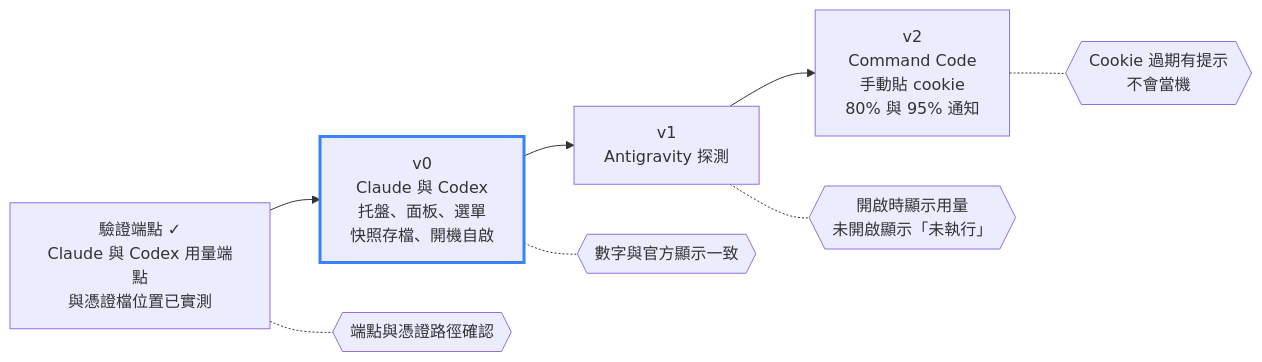
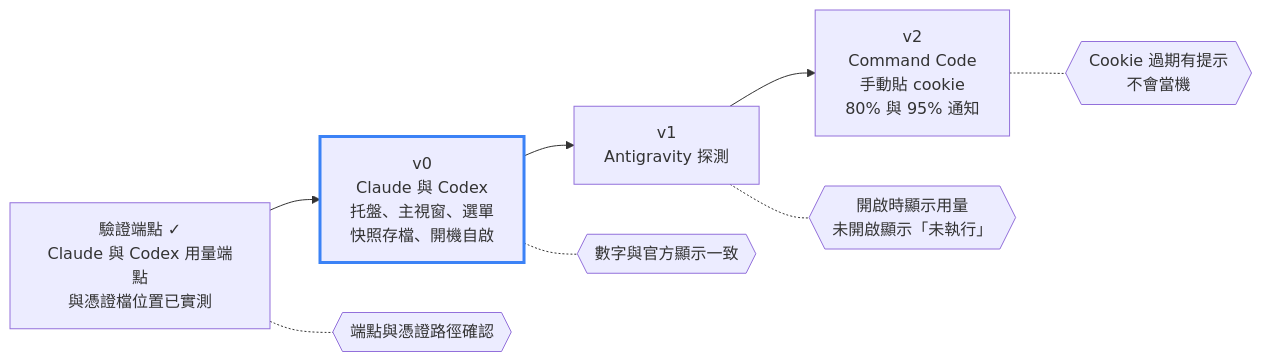
The second of 2 diagrams in docs/spec.md (RayLiu1999/AIBar), drawn with Mermaid before and after one commit. The commit also changed other lines of this file and 13 other files, not shown here.

````diff
--- a/docs/spec.md
+++ b/docs/spec.md
@@ -378,21 +386,21 @@
 ```mermaid
 flowchart LR
     M0["驗證端點 ✓<br/>Claude 與 Codex 用量端點<br/>與憑證檔位置已實測"]
-    M1["v0<br/>Claude 與 Codex<br/>托盤、面板、選單<br/>快照存檔、開機自啟"]
+    M1["v0<br/>Claude 與 Codex<br/>托盤、主視窗、選單<br/>快照存檔、開機自啟"]
     M2["v1<br/>Antigravity 探測"]
     M3["v2<br/>Command Code<br/>手動貼 cookie<br/>80% 與 95% 通知"]
 
     M0 --> M1 --> M2 --> M3
 
     G0{{"端點與憑證路徑確認"}}
     G1{{"數字與官方顯示一致"}}
     G2{{"開啟時顯示用量<br/>未開啟顯示「未執行」"}}
     G3{{"Cookie 過期有提示<br/>不會當機"}}
 
     M0 -.- G0
     M1 -.- G1
     M2 -.- G2
     M3 -.- G3
 
     style M1 stroke:#3b82f6,stroke-width:3px
 ```
````
